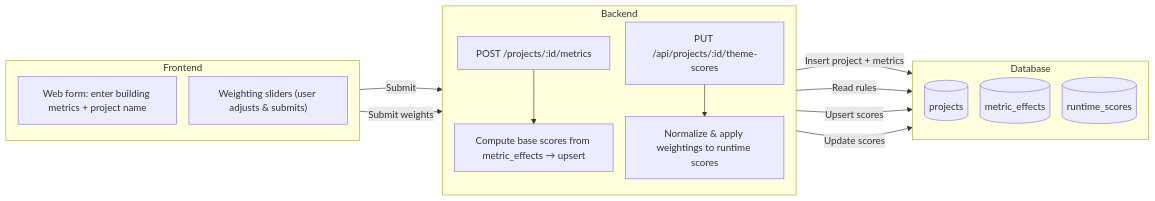
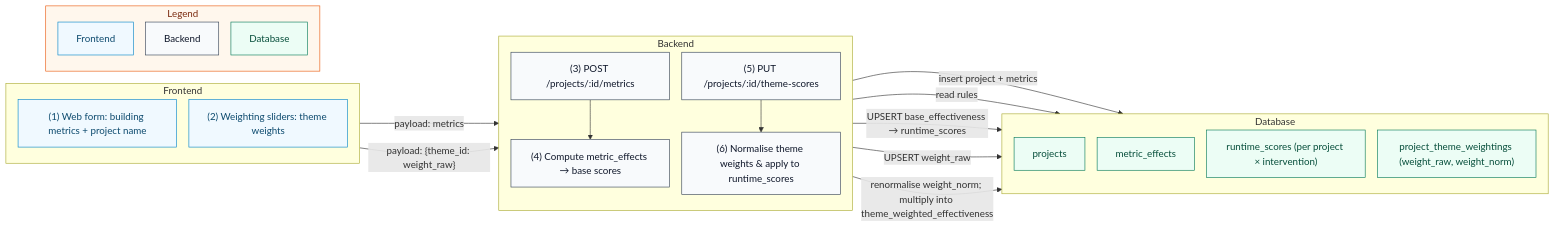
The first of 3 diagrams in docs/architecture/overview.md (Hydra0201/Tech-Titans), drawn with Mermaid before and after one commit. The commit also changed other lines of this file and 2 other files, not shown here.

````diff
--- a/docs/architecture/overview.md
+++ b/docs/architecture/overview.md
@@ -10,35 +26,53 @@
 ```mermaid
-%%{init: { "flowchart": { "nodeSpacing": 20, "rankSpacing": 28 }}}%%
+%%{init: { "flowchart": { "nodeSpacing": 20, "rankSpacing": 28, "useMaxWidth": false }}}%%
 flowchart LR
+  classDef fe fill:#F0F9FF,stroke:#0284c7,color:#0c4a6e
+  classDef be fill:#F8FAFC,stroke:#334155,color:#0f172a
+  classDef db fill:#ECFDF5,stroke:#047857,color:#064e3b
+  classDef legend fill:#FFF7ED,stroke:#ea580c,color:#7c2d12
+
   subgraph Frontend
     direction TB
-    F_Form["Web form: enter building metrics + project name"]
-    F_Sliders["Weighting sliders (user adjusts & submits)"]
+    A1["(1) Web form: building metrics + project name"]:::fe
+    A2["(2) Weighting sliders: theme weights"]:::fe
   end
 
   subgraph Backend
     direction TB
-    B_PostMetrics["POST /projects/:id/metrics"]
-    B_CheckRules["Compute base scores from metric_effects → upsert"]
-    B_PostWeights["PUT /api/projects/:id/theme-scores"]
-    B_ApplyWeights["Normalize & apply weightings to runtime scores"]
+    B1["(3) POST /projects/:id/metrics"]:::be
+    B2["(4) Compute metric_effects → base scores"]:::be
+    B3["(5) PUT /projects/:id/theme-scores"]:::be
+    B4["(6) Normalise theme weights & apply to runtime_scores"]:::be
   end
 
   subgraph Database
     direction TB
-    D_Projects[(projects)]
-    D_MetricEffects[(metric_effects)]
-    D_Runtime[(runtime_scores)]
+    D1["projects"]:::db
+    D2["metric_effects"]:::db
+    D3["runtime_scores (per project × intervention)"]:::db
+    D4["project_theme_weightings (weight_raw, weight_norm)"]:::db
   end
 
-  F_Form -->|Submit| B_PostMetrics
-  B_PostMetrics -->|Insert project + metrics| D_Projects
-  B_PostMetrics --> B_CheckRules
-  B_CheckRules -->|Read rules| D_MetricEffects
-  B_CheckRules -->|Upsert scores| D_Runtime
+  %% Flow
+  A1 -->|"payload: metrics"| B1
+  B1 -->|"insert project + metrics"| D1
+  B1 --> B2
+  B2 -->|"read rules"| D2
+  B2 -->|"UPSERT base_effectiveness → runtime_scores"| D3
 
-  F_Sliders -->|Submit weights| B_PostWeights
-  B_PostWeights --> B_ApplyWeights
-  B_ApplyWeights -->|Update scores| D_Runtime
+  A2 -->|"payload: {theme_id: weight_raw}"| B3
+  B3 -->|"UPSERT weight_raw"| D4
+  B3 --> B4
+  B4 -->|"renormalise weight_norm; multiply into theme_weighted_effectiveness"| D3
+
+  %% Legend
+  subgraph L["Legend"]
+    direction TB
+    L1["Frontend"]:::fe
+    L2["Backend"]:::be
+    L3["Database"]:::db
+  end
+  class L legend
+
 
 ```
````
